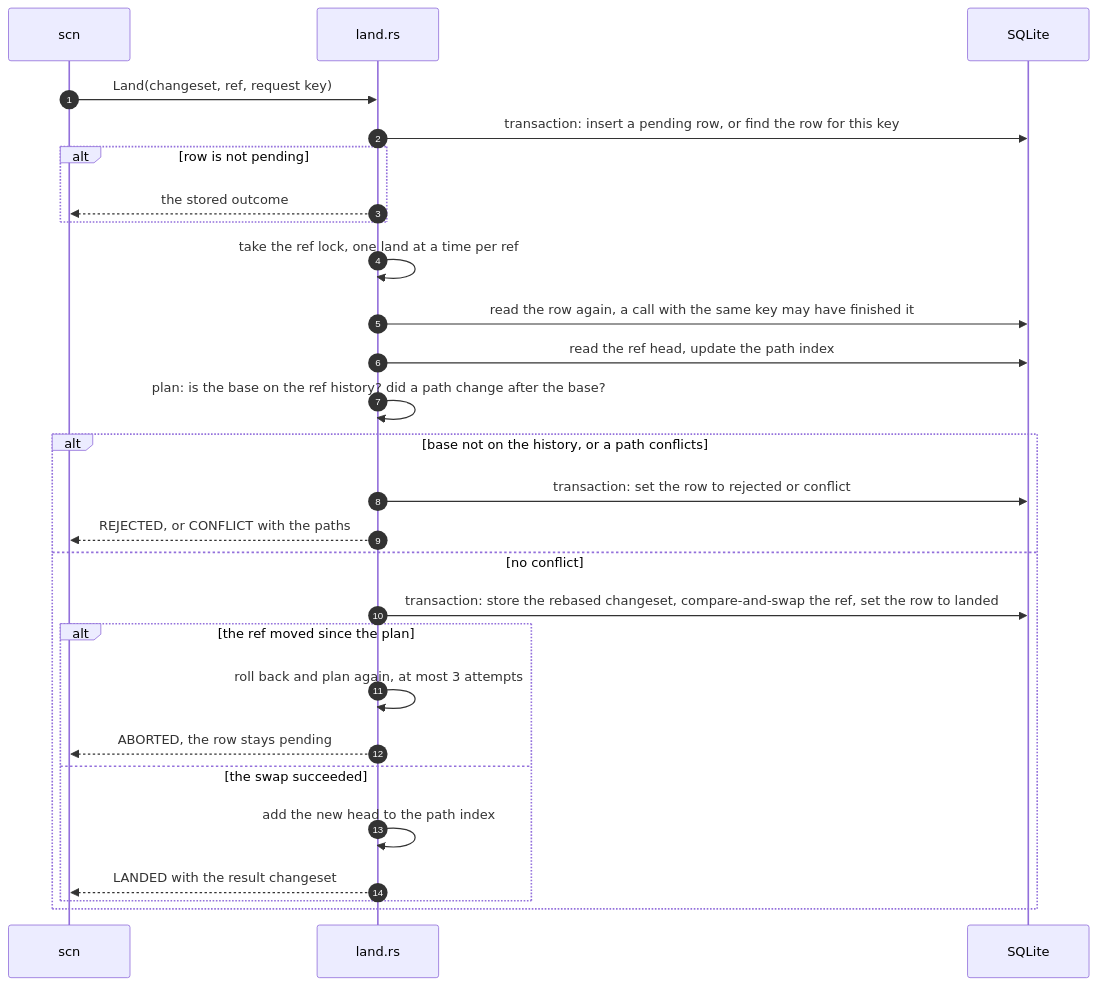
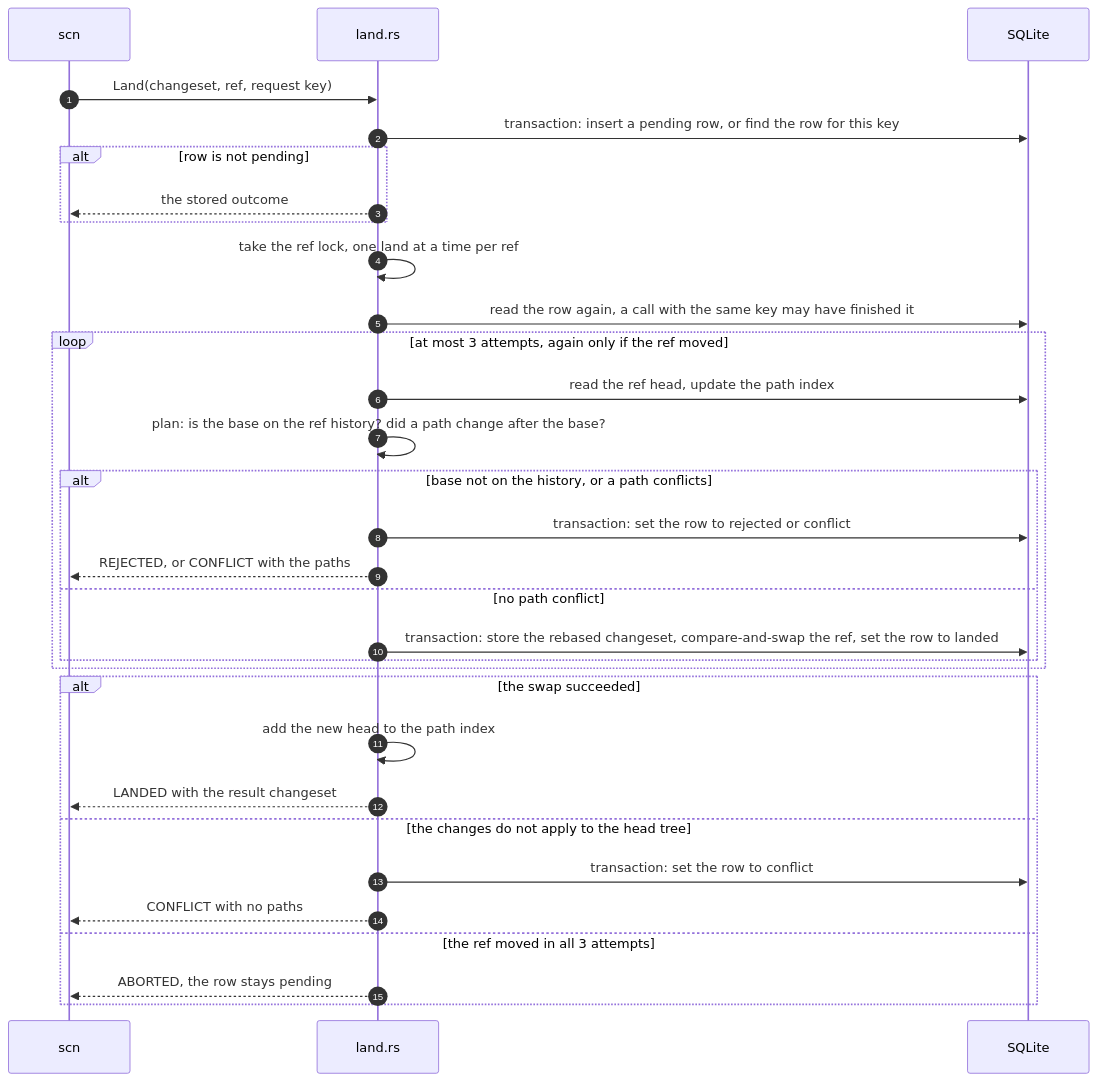
One commit to bnsd55/open-scion changed the third of 4 diagrams in docs/architecture.md. Above: the diagram before and after it, drawn with Mermaid. The commit also changed other lines of this file, not shown here.

First line of the commit message:
docs: fix review findings in the architecture overview

````diff
--- a/docs/architecture.md
+++ b/docs/architecture.md
@@ -193,29 +202,33 @@
 ```mermaid
 sequenceDiagram
     autonumber
     participant A as scn
     participant L as land.rs
     participant DB as SQLite
     A->>L: Land(changeset, ref, request key)
     L->>DB: transaction: insert a pending row, or find the row for this key
     alt row is not pending
         L-->>A: the stored outcome
     end
     L->>L: take the ref lock, one land at a time per ref
     L->>DB: read the row again, a call with the same key may have finished it
-    L->>DB: read the ref head, update the path index
-    L->>L: plan: is the base on the ref history? did a path change after the base?
-    alt base not on the history, or a path conflicts
-        L->>DB: transaction: set the row to rejected or conflict
-        L-->>A: REJECTED, or CONFLICT with the paths
-    else no conflict
-        L->>DB: transaction: store the rebased changeset, compare-and-swap the ref, set the row to landed
-        alt the ref moved since the plan
-            L->>L: roll back and plan again, at most 3 attempts
-            L-->>A: ABORTED, the row stays pending
-        else the swap succeeded
-            L->>L: add the new head to the path index
-            L-->>A: LANDED with the result changeset
+    loop at most 3 attempts, again only if the ref moved
+        L->>DB: read the ref head, update the path index
+        L->>L: plan: is the base on the ref history? did a path change after the base?
+        alt base not on the history, or a path conflicts
+            L->>DB: transaction: set the row to rejected or conflict
+            L-->>A: REJECTED, or CONFLICT with the paths
+        else no path conflict
+            L->>DB: transaction: store the rebased changeset, compare-and-swap the ref, set the row to landed
         end
     end
+    alt the swap succeeded
+        L->>L: add the new head to the path index
+        L-->>A: LANDED with the result changeset
+    else the changes do not apply to the head tree
+        L->>DB: transaction: set the row to conflict
+        L-->>A: CONFLICT with no paths
+    else the ref moved in all 3 attempts
+        L-->>A: ABORTED, the row stays pending
+    end
 ```
````
